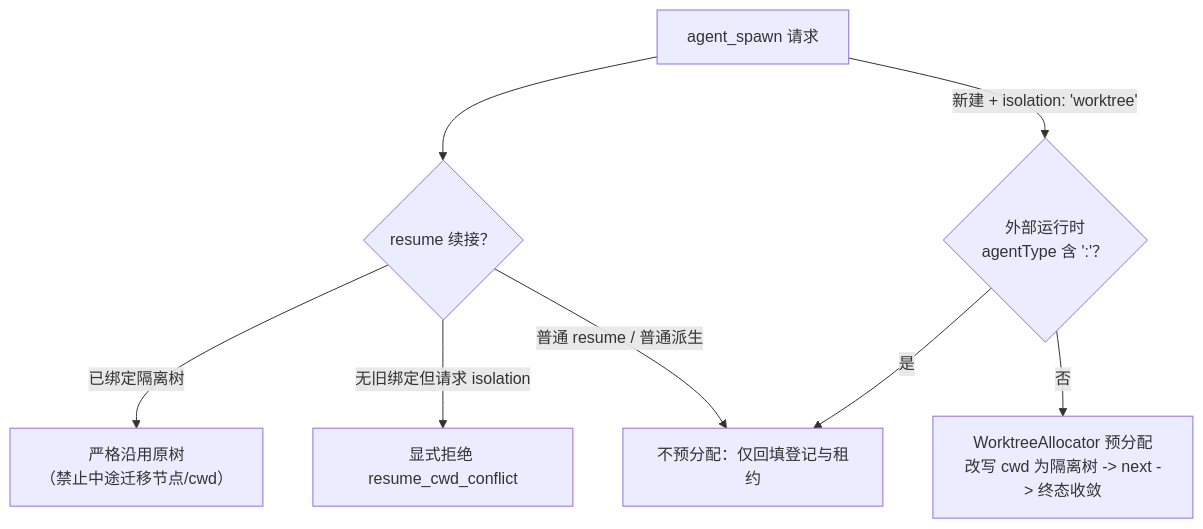
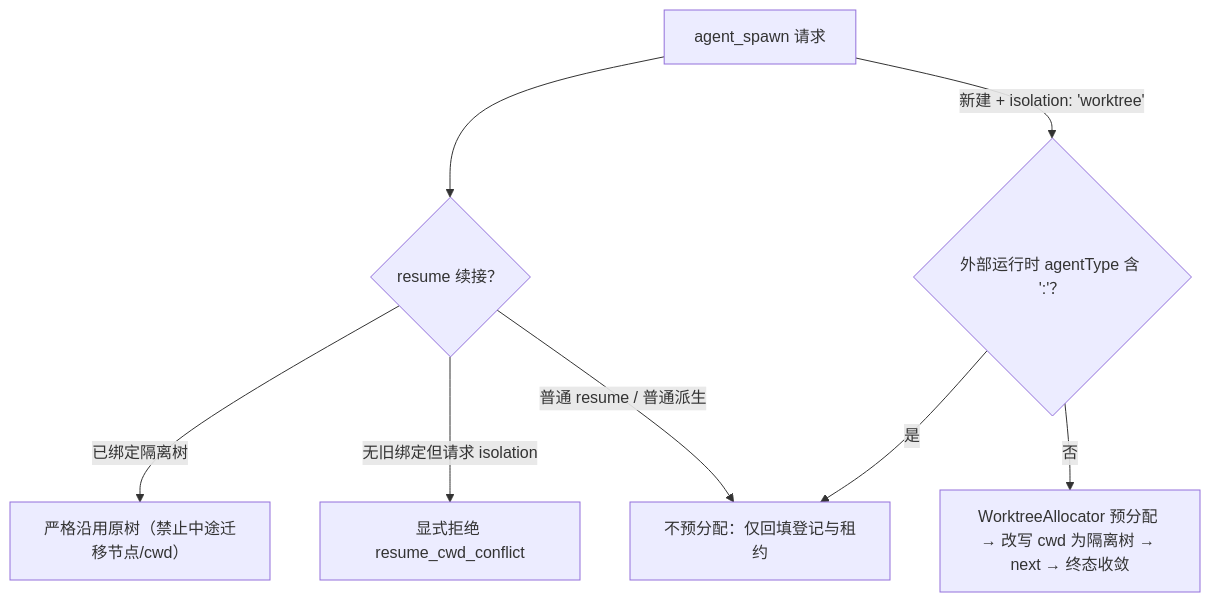
The first of 2 diagrams in docs/workflows/worktree-and-gate.md (team4u/helm), drawn with Mermaid before and after one commit. The commit also changed other lines of this file and 6 other files, not shown here.

````diff
--- a/docs/workflows/worktree-and-gate.md
+++ b/docs/workflows/worktree-and-gate.md
@@ -9,10 +9,10 @@
 ```mermaid
 flowchart TD
     Spawn["agent_spawn 请求"] --> Resume{"resume 续接？"}
-    Resume -->|"已绑定隔离树"| Reuse["严格沿用原树<br/>（禁止中途迁移节点/cwd）"]
+    Resume -->|"已绑定隔离树"| Reuse["严格沿用原树（禁止中途迁移节点/cwd）"]
     Resume -->|"无旧绑定但请求 isolation"| Reject["显式拒绝 resume_cwd_conflict"]
     Resume -->|"普通 resume / 普通派生"| Track["不预分配：仅回填登记与租约"]
-    Spawn -->|"新建 + isolation: 'worktree'"| Ext{"外部运行时<br/>agentType 含 ':'？"}
+    Spawn -->|"新建 + isolation: 'worktree'"| Ext{"外部运行时 agentType 含 ':'？"}
     Ext -->|"是"| Track
-    Ext -->|"否"| Alloc["WorktreeAllocator 预分配<br/>改写 cwd 为隔离树 -> next -> 终态收敛"]
+    Ext -->|"否"| Alloc["WorktreeAllocator 预分配 → 改写 cwd 为隔离树 → next → 终态收敛"]
 ```
````
